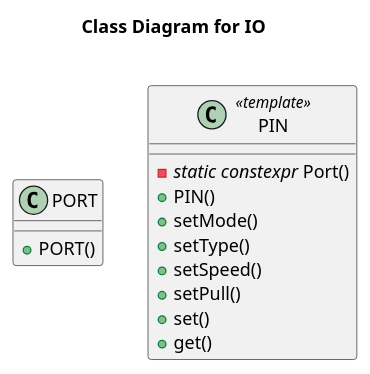
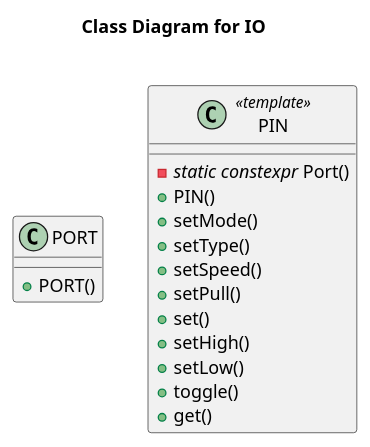
Before and after one commit to SebastianOberschwendtner/OTOS: the diagram in doc/UML/CLD_IO.puml, drawn with PlantUML.

Commit message:
:memo: Updates methods of class diagram.

```diff
--- a/doc/UML/CLD_IO.puml
+++ b/doc/UML/CLD_IO.puml
@@ -1,25 +1,28 @@
 @startuml CLD_IO
 title Class Diagram for **IO** \n
 
 class PORT {
     'Properties
 
     'Methods
     + PORT()
 }
 
 class PIN <<template>> {
     'Properties
 
     'Methods
     - //static constexpr// Port()
     + PIN()
     + setMode()
     + setType()
     + setSpeed()
     + setPull()
     + set()
+    + setHigh()
+    + setLow()
+    + toggle()
     + get()
 }
 
 @enduml
```
